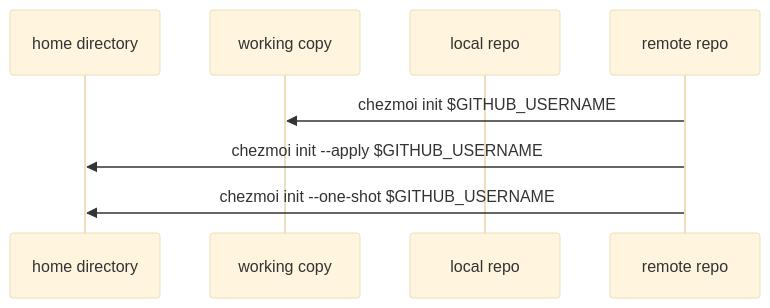
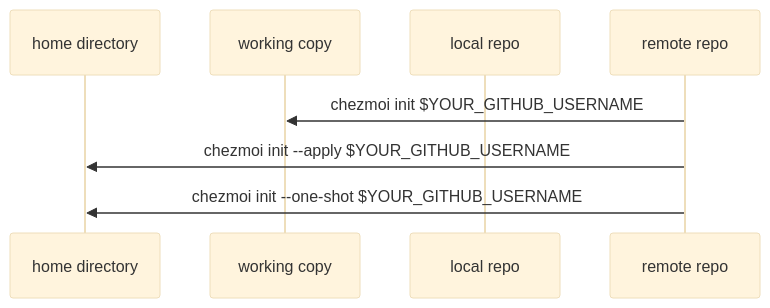
One commit to twpayne/chezmoi changed the sixth of 6 diagrams in assets/chezmoi.io/docs/user-guide/daily-operations.md. Above: the diagram before and after it, drawn with Mermaid (base theme). The commit also changed other lines of this file and 10 other files, not shown here.

````diff
--- a/assets/chezmoi.io/docs/user-guide/daily-operations.md
+++ b/assets/chezmoi.io/docs/user-guide/daily-operations.md
@@ -195,10 +195,10 @@
 ```mermaid
 sequenceDiagram
     participant H as home directory
     participant W as working copy
     participant L as local repo
     participant R as remote repo
-    R->>W: chezmoi init $GITHUB_USERNAME
-    R->>H: chezmoi init --apply $GITHUB_USERNAME
-    R->>H: chezmoi init --one-shot $GITHUB_USERNAME
+    R->>W: chezmoi init $YOUR_GITHUB_USERNAME
+    R->>H: chezmoi init --apply $YOUR_GITHUB_USERNAME
+    R->>H: chezmoi init --one-shot $YOUR_GITHUB_USERNAME
 ```
````
